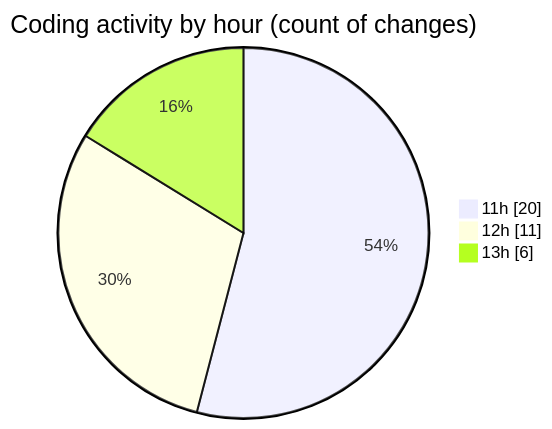
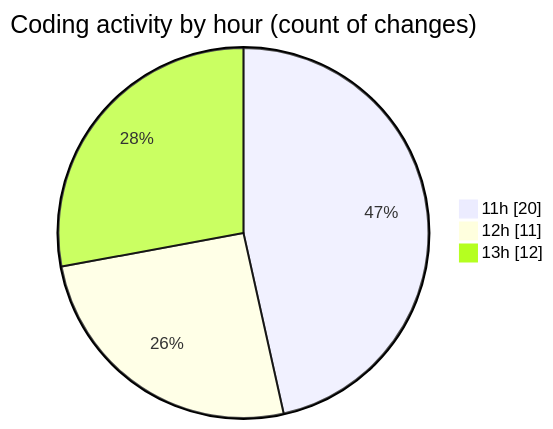
The second of 2 diagrams in 2025-09-24/nxtqube_webapp/README.md (nxtqubesakshisongat/code-tracking), drawn with Mermaid before and after one commit. The commit also changed other lines of this file and 1 other file, not shown here.

````diff
--- a/2025-09-24/nxtqube_webapp/README.md
+++ b/2025-09-24/nxtqube_webapp/README.md
@@ -31,7 +31,7 @@
 ```mermaid
 pie showData
 title Coding activity by hour (count of changes)
 "11h" : 20
 "12h" : 11
-"13h" : 6
+"13h" : 12
 ```
````
